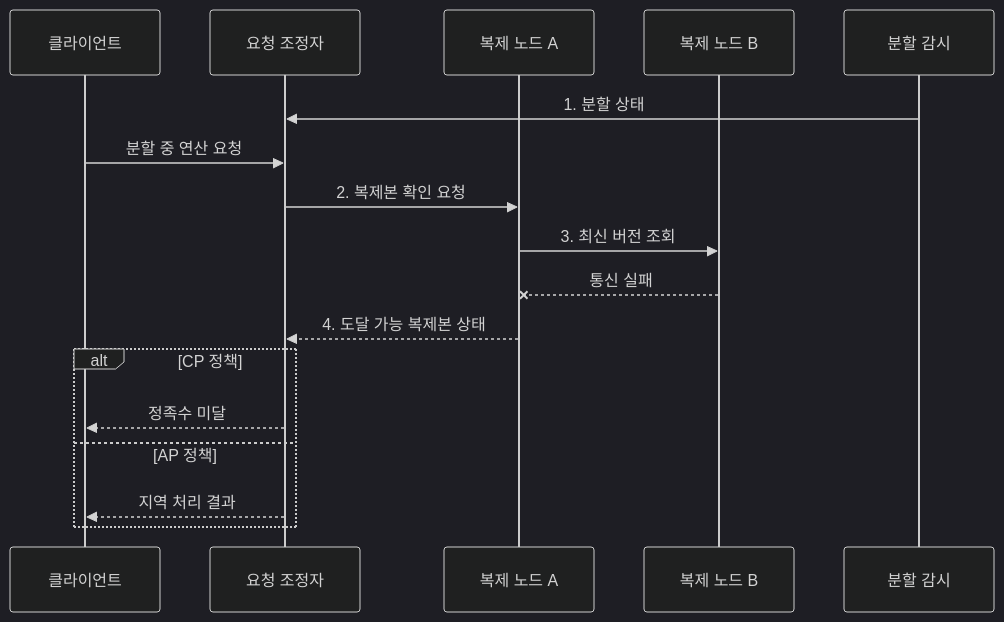
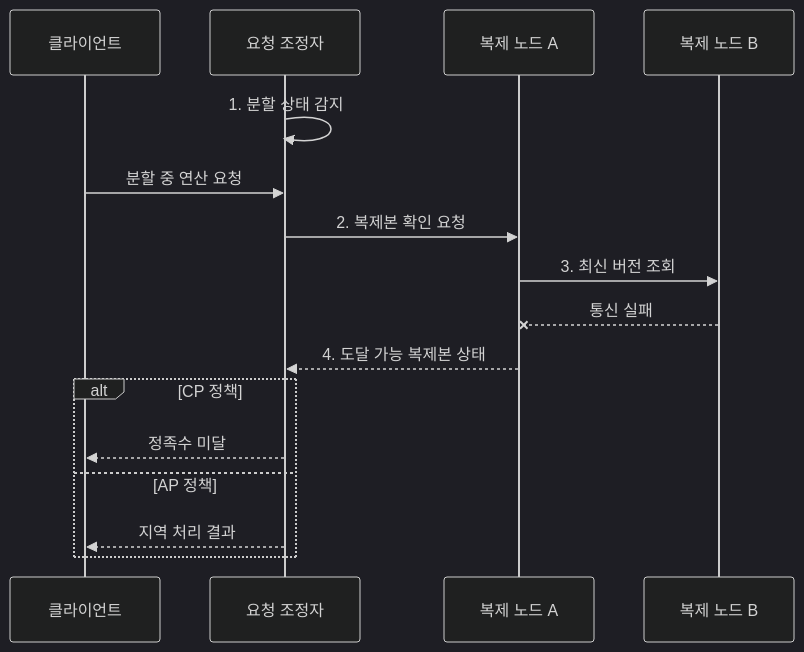
The second of 2 diagrams in src/content/docs/notes/03-software/103_cap_theorem.md (agnusdei1207/knowledge-base), drawn with Mermaid (dark theme) before and after one commit. The commit also changed 7 other files, not shown here.

Commit message:
Refine distributed data diagrams

````diff
--- a/src/content/docs/notes/03-software/103_cap_theorem.md
+++ b/src/content/docs/notes/03-software/103_cap_theorem.md
@@ -101,19 +101,18 @@
 ```mermaid
 sequenceDiagram
     participant C as 클라이언트
     participant O as 요청 조정자
     participant A as 복제 노드 A
     participant B as 복제 노드 B
-    participant M as 분할 감시
-    M->>O: 1. 분할 상태
+    O->>O: 1. 분할 상태 감지
     C->>O: 분할 중 연산 요청
     O->>A: 2. 복제본 확인 요청
     A->>B: 3. 최신 버전 조회
     B--xA: 통신 실패
     A-->>O: 4. 도달 가능 복제본 상태
     alt CP 정책
         O-->>C: 정족수 미달
     else AP 정책
         O-->>C: 지역 처리 결과
     end
 ```
````
